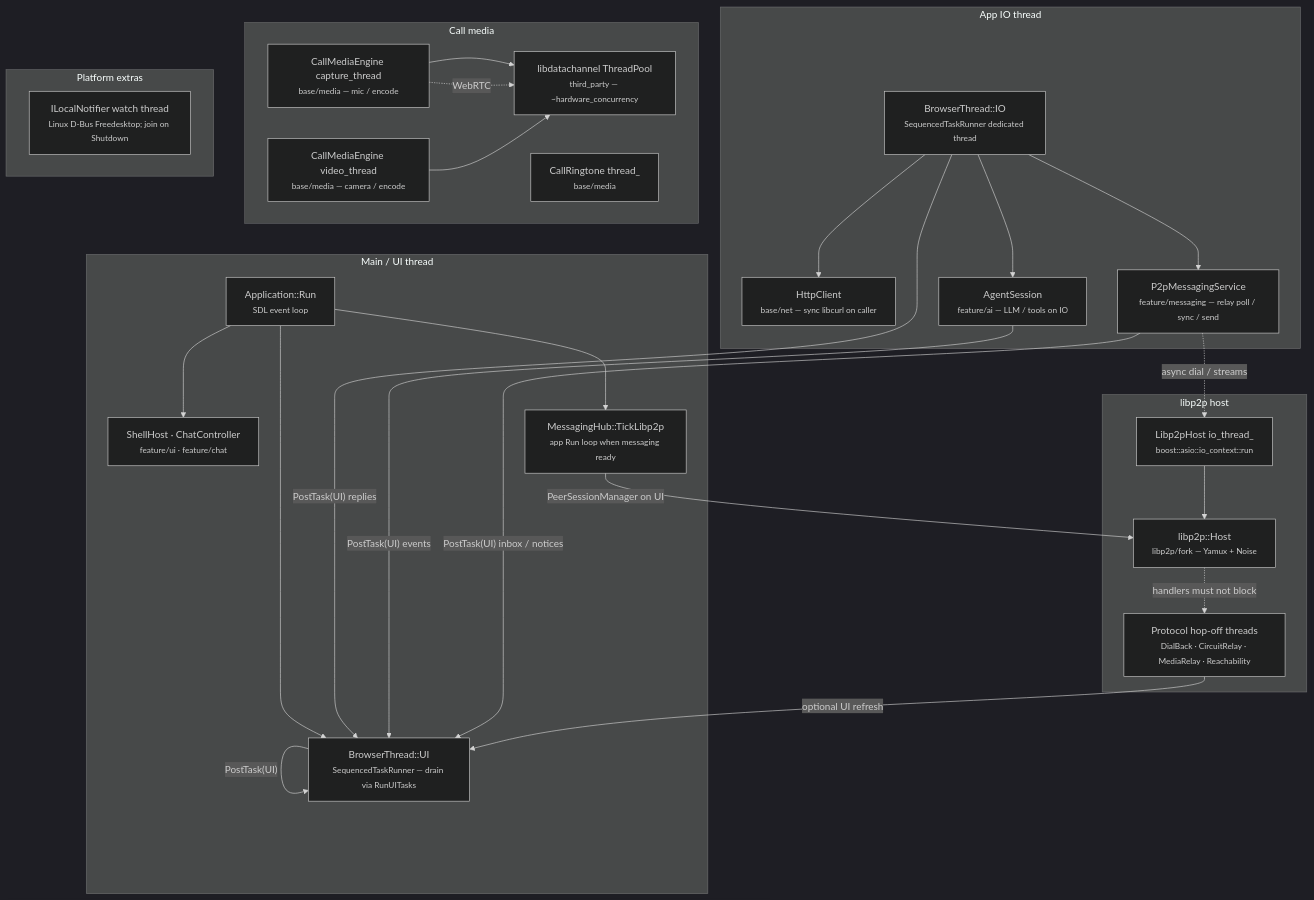
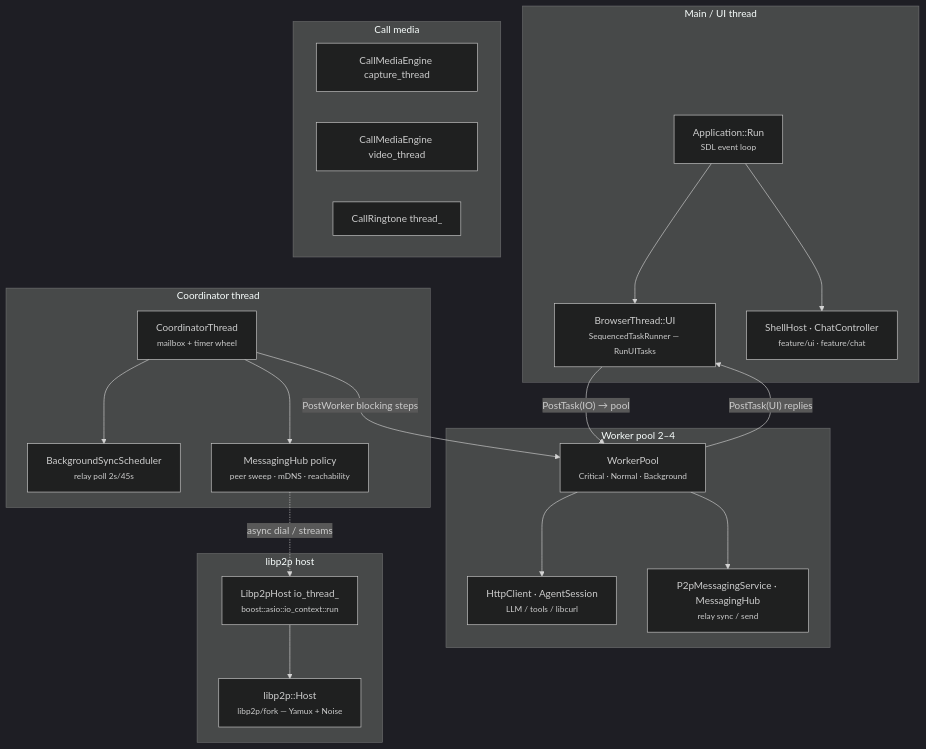
Before and after one commit to people-post/pp-browser: the fourth of 4 diagrams in docs/architecture/RUNTIME_COMPOSITION.md, drawn with Mermaid (dark theme). The commit also changed other lines of this file and 51 other files, not shown here.

First line of the commit message:
Thread coordinator: coordinator + worker pool (t1–t6 complete) (#55)

````diff
--- a/docs/architecture/RUNTIME_COMPOSITION.md
+++ b/docs/architecture/RUNTIME_COMPOSITION.md
@@ -222,52 +224,43 @@
 ```mermaid
 flowchart TB
   subgraph main["Main / UI thread"]
     SDL["Application::Run<br/><small>SDL event loop</small>"]
-    UIQ["BrowserThread::UI<br/><small>SequencedTaskRunner — drain via RunUITasks</small>"]
+    UIQ["BrowserThread::UI<br/><small>SequencedTaskRunner — RunUITasks</small>"]
     ShellTick["ShellHost · ChatController<br/><small>feature/ui · feature/chat</small>"]
-    TickLp["MessagingHub::TickLibp2p<br/><small>app Run loop when messaging ready</small>"]
     SDL --> UIQ
     SDL --> ShellTick
-    SDL --> TickLp
   end
 
-  subgraph app_io["App IO thread"]
-    IOQ["BrowserThread::IO<br/><small>SequencedTaskRunner dedicated thread</small>"]
-    Http["HttpClient<br/><small>base/net — sync libcurl on caller</small>"]
-    AgentIO["AgentSession<br/><small>feature/ai — LLM / tools on IO</small>"]
-    P2pIO["P2pMessagingService<br/><small>feature/messaging — relay poll / sync / send</small>"]
-    IOQ --> Http
-    IOQ --> AgentIO
-    IOQ --> P2pIO
+  subgraph coord["Coordinator thread"]
+    Coord["CoordinatorThread<br/><small>mailbox + timer wheel</small>"]
+    RelayPoll["BackgroundSyncScheduler<br/><small>relay poll 2s/45s</small>"]
+    HubPolicy["MessagingHub policy<br/><small>peer sweep · mDNS · reachability</small>"]
+    Coord --> RelayPoll
+    Coord --> HubPolicy
+  end
+
+  subgraph pool["Worker pool 2–4"]
+    Pool["WorkerPool<br/><small>Critical · Normal · Background</small>"]
+    Http["HttpClient · AgentSession<br/><small>LLM / tools / libcurl</small>"]
+    P2pWork["P2pMessagingService · MessagingHub<br/><small>relay sync / send</small>"]
+    Pool --> Http
+    Pool --> P2pWork
   end
 
   subgraph libp2p_stack["libp2p host"]
     LpIo["Libp2pHost io_thread_<br/><small>boost::asio::io_context::run</small>"]
     Host["libp2p::Host<br/><small>libp2p/fork — Yamux + Noise</small>"]
-    Hop["Protocol hop-off threads<br/><small>DialBack · CircuitRelay · MediaRelay · Reachability</small>"]
     LpIo --> Host
-    Host -.->|handlers must not block| Hop
   end
 
   subgraph media_stack["Call media"]
-    Cap["CallMediaEngine capture_thread<br/><small>base/media — mic / encode</small>"]
-    Vid["CallMediaEngine video_thread<br/><small>base/media — camera / encode</small>"]
-    Ring["CallRingtone thread_<br/><small>base/media</small>"]
-    RtcPool["libdatachannel ThreadPool<br/><small>third_party — ~hardware_concurrency</small>"]
-    Cap --> RtcPool
-    Vid --> RtcPool
+    Cap["CallMediaEngine capture_thread"]
+    Vid["CallMediaEngine video_thread"]
+    Ring["CallRingtone thread_"]
   end
 
-  subgraph platform_extra["Platform extras"]
-    Notif["ILocalNotifier watch thread<br/><small>Linux D-Bus Freedesktop; join on Shutdown</small>"]
-  end
-
-  UIQ -->|"PostTask(UI)"| UIQ
-  IOQ -->|"PostTask(UI) replies"| UIQ
-  AgentIO -->|"PostTask(UI) events"| UIQ
-  P2pIO -->|"PostTask(UI) inbox / notices"| UIQ
-  Hop -->|"optional UI refresh"| UIQ
-  TickLp -->|"PeerSessionManager on UI"| Host
-  P2pIO -.->|"async dial / streams"| LpIo
-  Cap -.->|"WebRTC"| RtcPool
+  UIQ -->|"PostTask(IO) → pool"| Pool
+  Pool -->|"PostTask(UI) replies"| UIQ
+  Coord -->|"PostWorker blocking steps"| Pool
+  HubPolicy -.->|"async dial / streams"| LpIo
 ```
````
